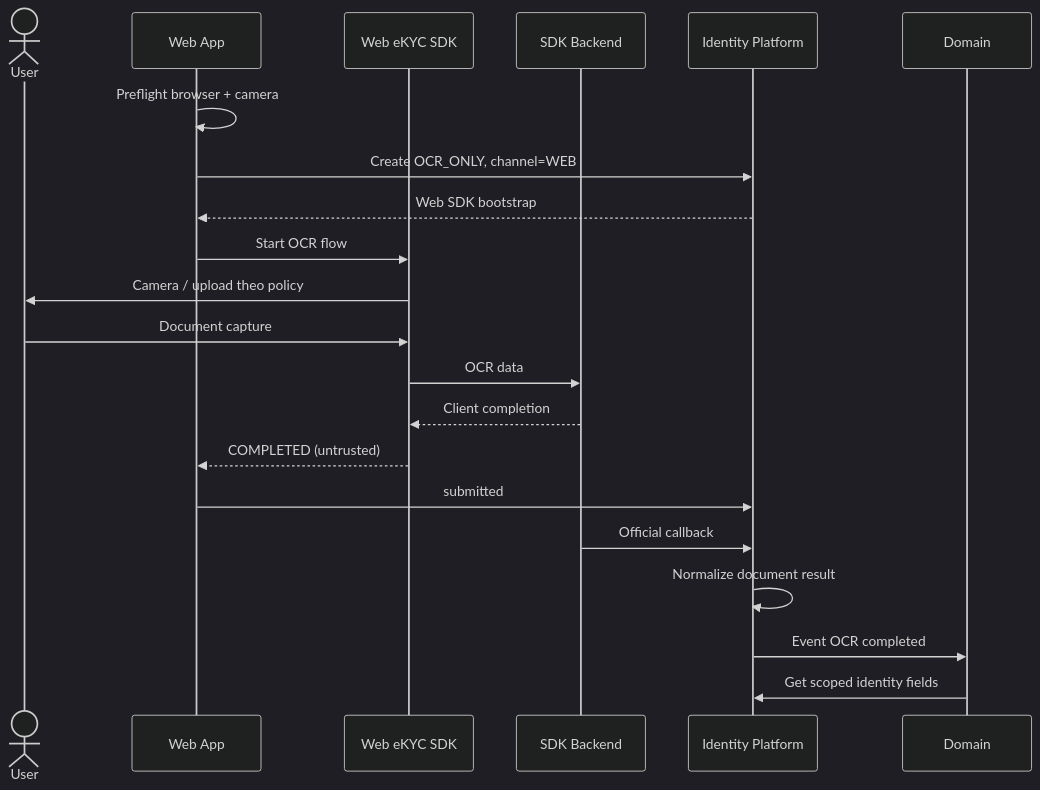
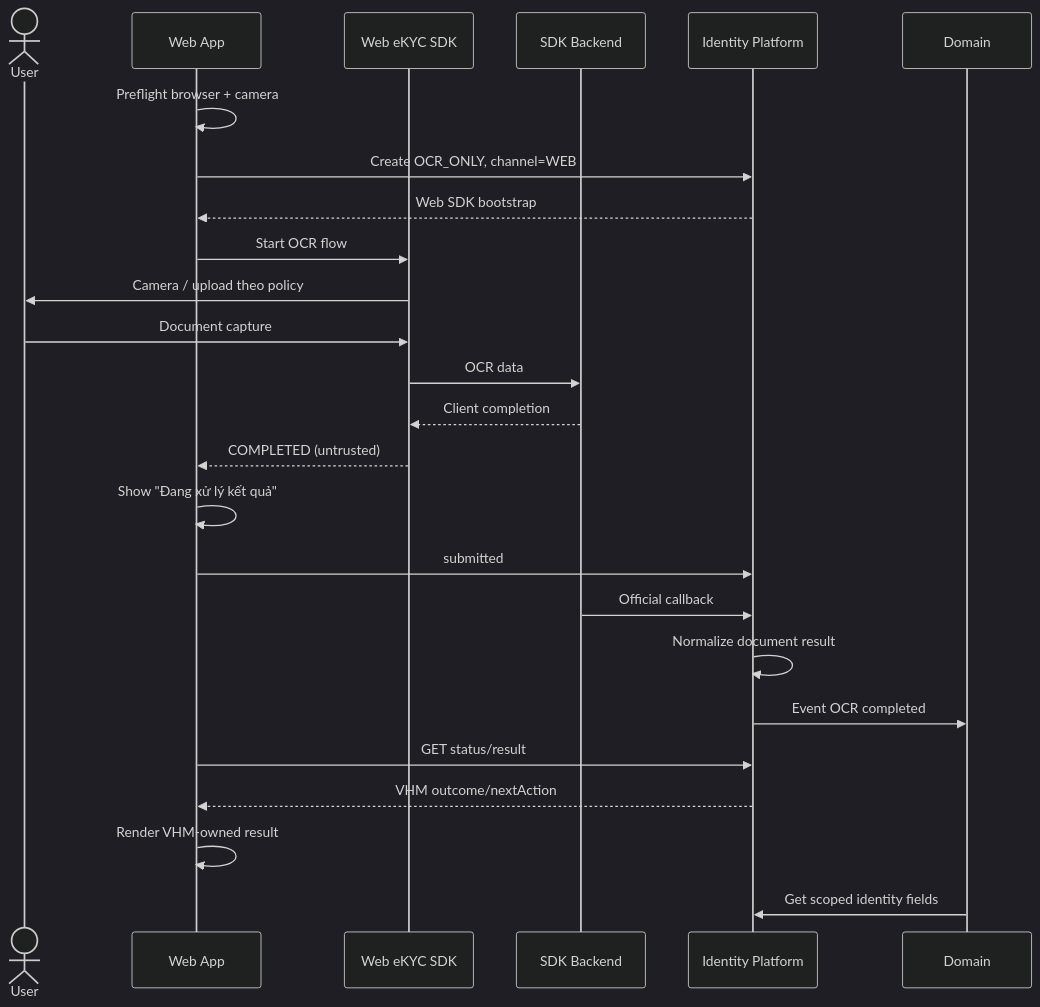
Diagram 22 of 37 in README.md (huynv-xyz/vhm), drawn with Mermaid (dark theme) before and after one commit. The commit also changed other lines of this file, not shown here.

````diff
--- a/README.md
+++ b/README.md
@@ -2104,23 +2113,27 @@
 ```mermaid
 sequenceDiagram
     actor User
     participant WEB as Web App
     participant SDK as Web eKYC SDK
     participant PROVIDER as SDK Backend
     participant IV as Identity Platform
     participant DOMAIN as Domain
     WEB->>WEB: Preflight browser + camera
     WEB->>IV: Create OCR_ONLY, channel=WEB
     IV-->>WEB: Web SDK bootstrap
     WEB->>SDK: Start OCR flow
     SDK->>User: Camera / upload theo policy
     User->>SDK: Document capture
     SDK->>PROVIDER: OCR data
     PROVIDER-->>SDK: Client completion
     SDK-->>WEB: COMPLETED (untrusted)
+    WEB->>WEB: Show "Đang xử lý kết quả"
     WEB->>IV: submitted
     PROVIDER->>IV: Official callback
     IV->>IV: Normalize document result
     IV->>DOMAIN: Event OCR completed
+    WEB->>IV: GET status/result
+    IV-->>WEB: VHM outcome/nextAction
+    WEB->>WEB: Render VHM-owned result
     DOMAIN->>IV: Get scoped identity fields
 ```
````
